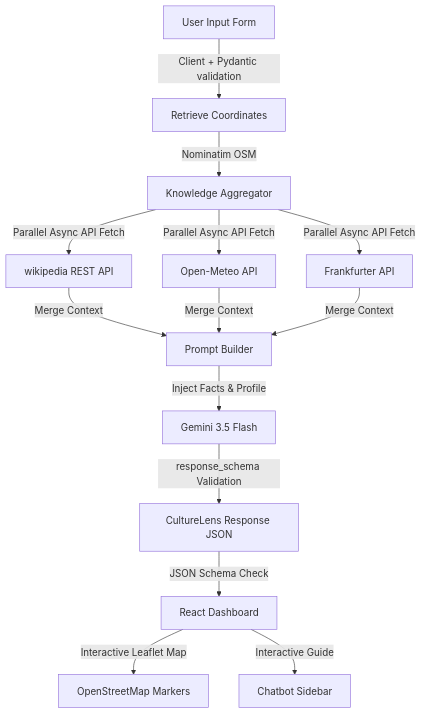
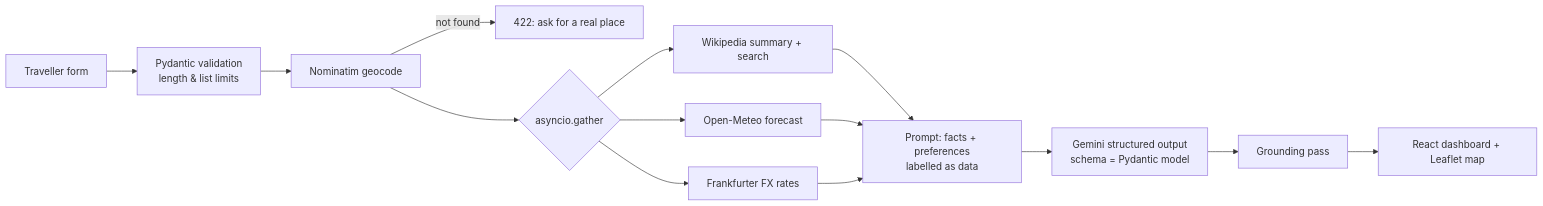
One commit to Aisenh037/CultureLens-AI changed the diagram in README.md. Above: the diagram before and after it, drawn with Mermaid. The commit also changed other lines of this file, not shown here.

````diff
--- a/README.md
+++ b/README.md
@@ -27,14 +17,14 @@
 ```mermaid
-graph TD
-    A[User Input Form] -->|Client + Pydantic validation| B[Retrieve Coordinates]
-    B -->|Nominatim OSM| C[Knowledge Aggregator]
-    C -->|Parallel Async API Fetch| D[wikipedia REST API]
-    C -->|Parallel Async API Fetch| E[Open-Meteo API]
-    C -->|Parallel Async API Fetch| F[Frankfurter API]
-    D & E & F -->|Merge Context| G[Prompt Builder]
-    G -->|Inject Facts & Profile| H[Gemini 3.5 Flash]
-    H -->|response_schema Validation| I[CultureLens Response JSON]
-    I -->|JSON Schema Check| J[React Dashboard]
-    J -->|Interactive Leaflet Map| K[OpenStreetMap Markers]
-    J -->|Interactive Guide| L[Chatbot Sidebar]
+graph LR
+    A[Traveller form] --> B[Pydantic validation<br/>length & list limits]
+    B --> C[Nominatim geocode]
+    C -->|not found| X[422: ask for a real place]
+    C --> D{asyncio.gather}
+    D --> E[Wikipedia summary + search]
+    D --> F[Open-Meteo forecast]
+    D --> G[Frankfurter FX rates]
+    E & F & G --> H[Prompt: facts + preferences<br/>labelled as data]
+    H --> I[Gemini structured output<br/>schema = Pydantic model]
+    I --> J[Grounding pass]
+    J --> K[React dashboard + Leaflet map]
 ```
````
